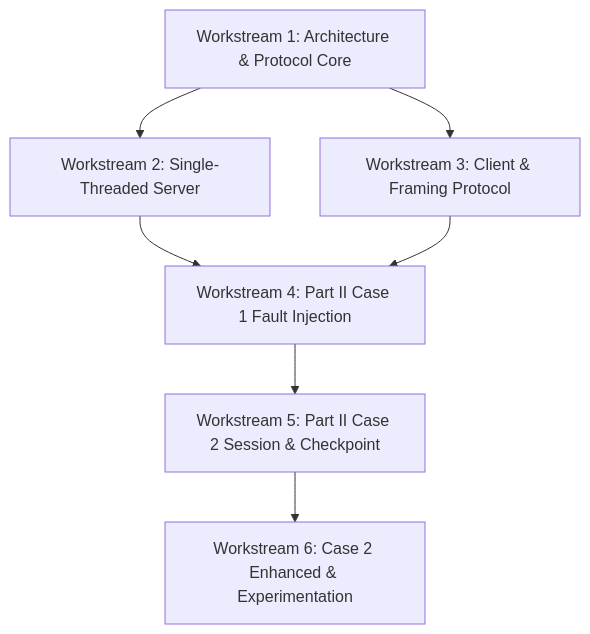
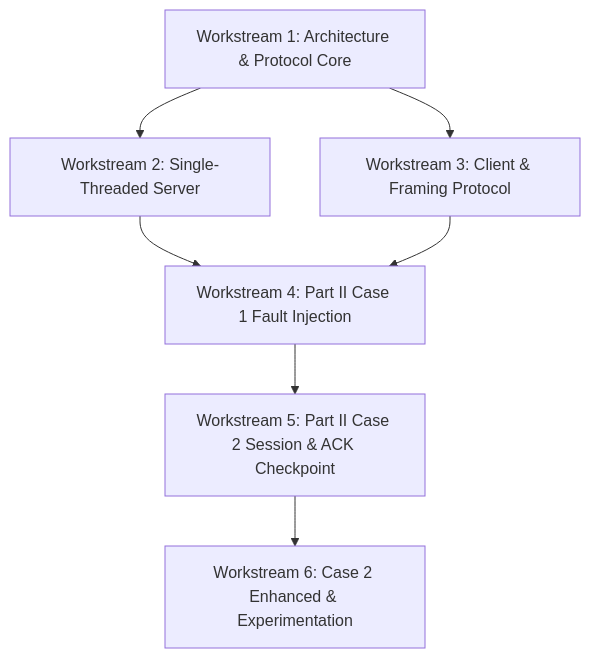
One commit to peaceparadise7-kb/IT305-Socket-Programming changed the diagram in docs/INTEGRATION_PLAN.md. Above: the diagram before and after it, drawn with Mermaid. The commit also changed other lines of this file and 7 other files, not shown here.

````diff
--- a/docs/INTEGRATION_PLAN.md
+++ b/docs/INTEGRATION_PLAN.md
@@ -14,8 +14,8 @@
 ```mermaid
 graph TD
     WS1[Workstream 1: Architecture & Protocol Core] --> WS2[Workstream 2: Single-Threaded Server]
     WS1 --> WS3[Workstream 3: Client & Framing Protocol]
     WS2 & WS3 --> WS4[Workstream 4: Part II Case 1 Fault Injection]
-    WS4 --> WS5[Workstream 5: Part II Case 2 Session & Checkpoint]
+    WS4 --> WS5[Workstream 5: Part II Case 2 Session & ACK Checkpoint]
     WS5 --> WS6[Workstream 6: Case 2 Enhanced & Experimentation]
 ```
````
